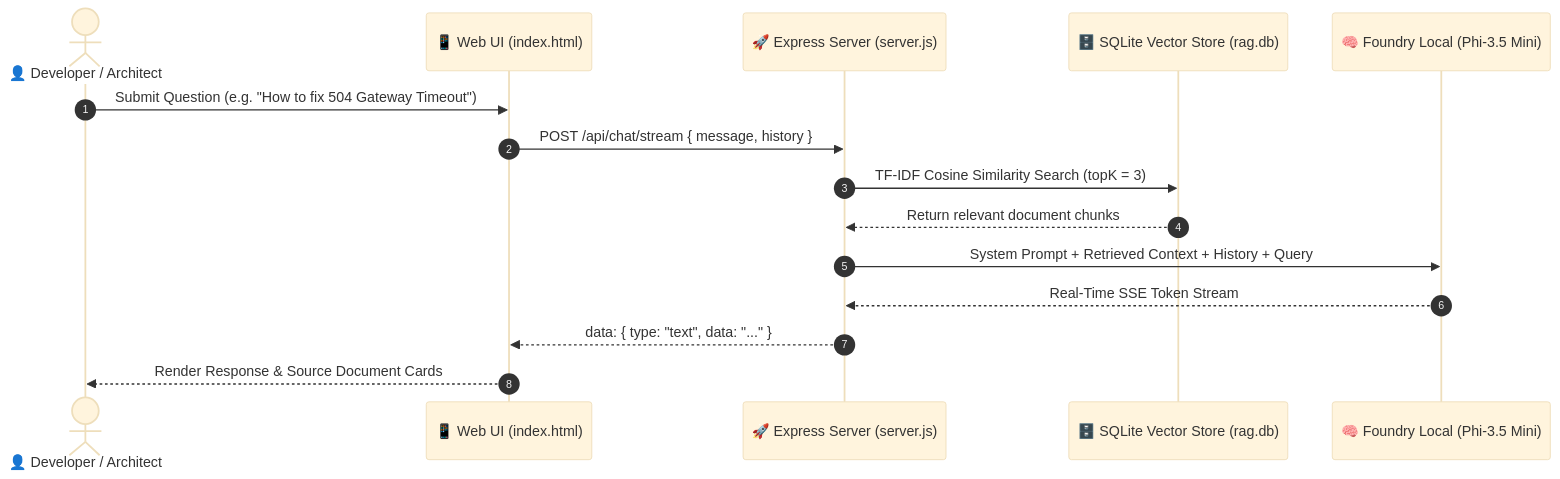
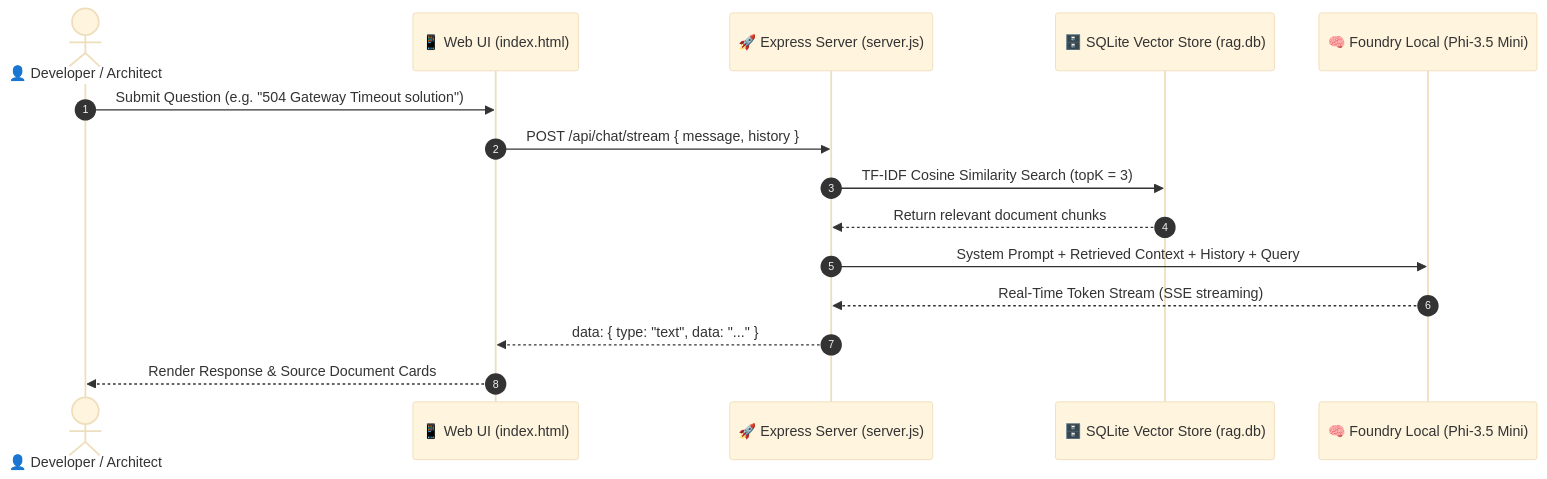
The diagram in README.md (YagmurInci/local-rag-agent), drawn with Mermaid (base theme) before and after one commit. The commit also changed other lines of this file, not shown here.

Commit message:
docs: translate user README to English

````diff
--- a/README.md
+++ b/README.md
@@ -58,18 +53,18 @@
 ```mermaid
 sequenceDiagram
     autonumber
     actor User as 👤 Developer / Architect
     participant UI as 📱 Web UI (index.html)
     participant Server as 🚀 Express Server (server.js)
     participant VectorDB as 🗄️ SQLite Vector Store (rag.db)
     participant AI as 🧠 Foundry Local (Phi-3.5 Mini)
 
-    User->>UI: Submit Question (e.g. "How to fix 504 Gateway Timeout")
+    User->>UI: Submit Question (e.g. "504 Gateway Timeout solution")
     UI->>Server: POST /api/chat/stream { message, history }
     Server->>VectorDB: TF-IDF Cosine Similarity Search (topK = 3)
     VectorDB-->>Server: Return relevant document chunks
     Server->>AI: System Prompt + Retrieved Context + History + Query
-    AI-->>Server: Real-Time SSE Token Stream
+    AI-->>Server: Real-Time Token Stream (SSE streaming)
     Server-->>UI: data: { type: "text", data: "..." }
     UI-->>User: Render Response & Source Document Cards
 ```
````
